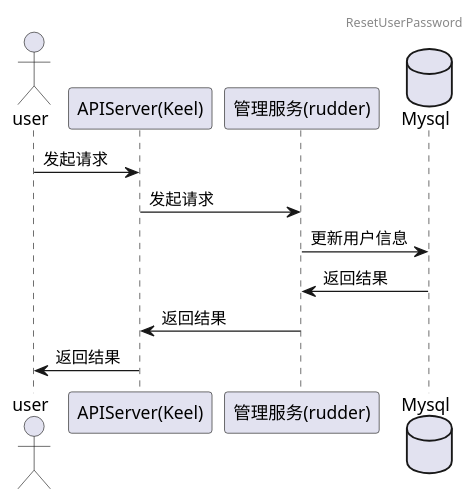
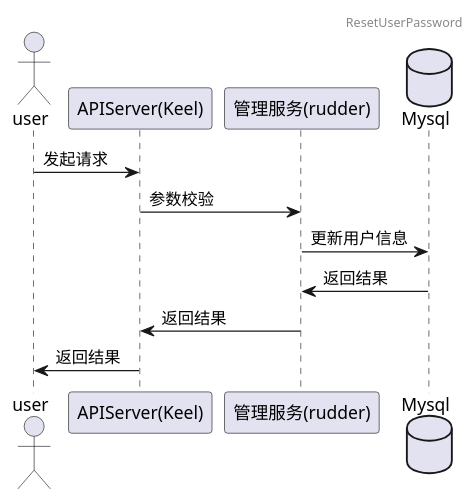
The fifth of 6 diagrams in docs/api/appendix/plantuml/tenant-manager-admin.md (tkeel-io/docs), drawn with PlantUML before and after one commit.

Commit message:
docs: mdf tenant-manager-admin.md

````diff
--- a/docs/api/appendix/plantuml/tenant-manager-admin.md
+++ b/docs/api/appendix/plantuml/tenant-manager-admin.md
@@ -85,17 +85,17 @@
 ```plantuml
 @startuml
 header ResetUserPassword
 
 actor user
 participant "APIServer(Keel)"  as keel
 participant "管理服务(rudder)"  as tenantService
 database "Mysql" as DB
 
 user->keel: 发起请求
-keel->tenantService: 发起请求
+keel->tenantService: 参数校验
 tenantService->DB: 更新用户信息
 DB->tenantService: 返回结果
 tenantService->keel: 返回结果
 keel->user: 返回结果
 @enduml
 ```
````
